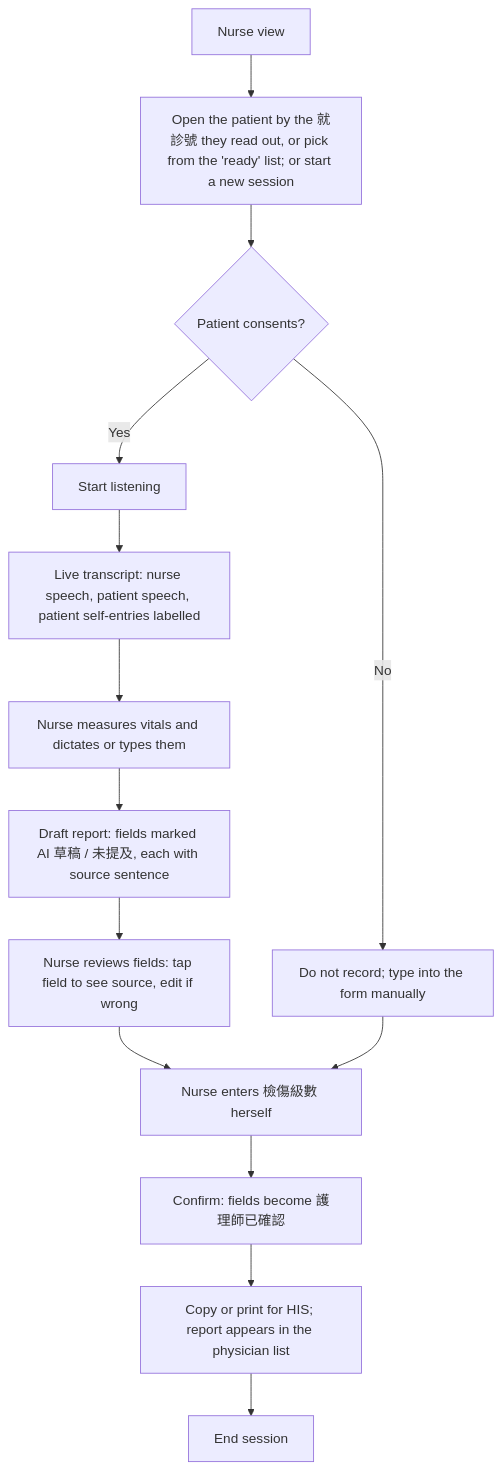
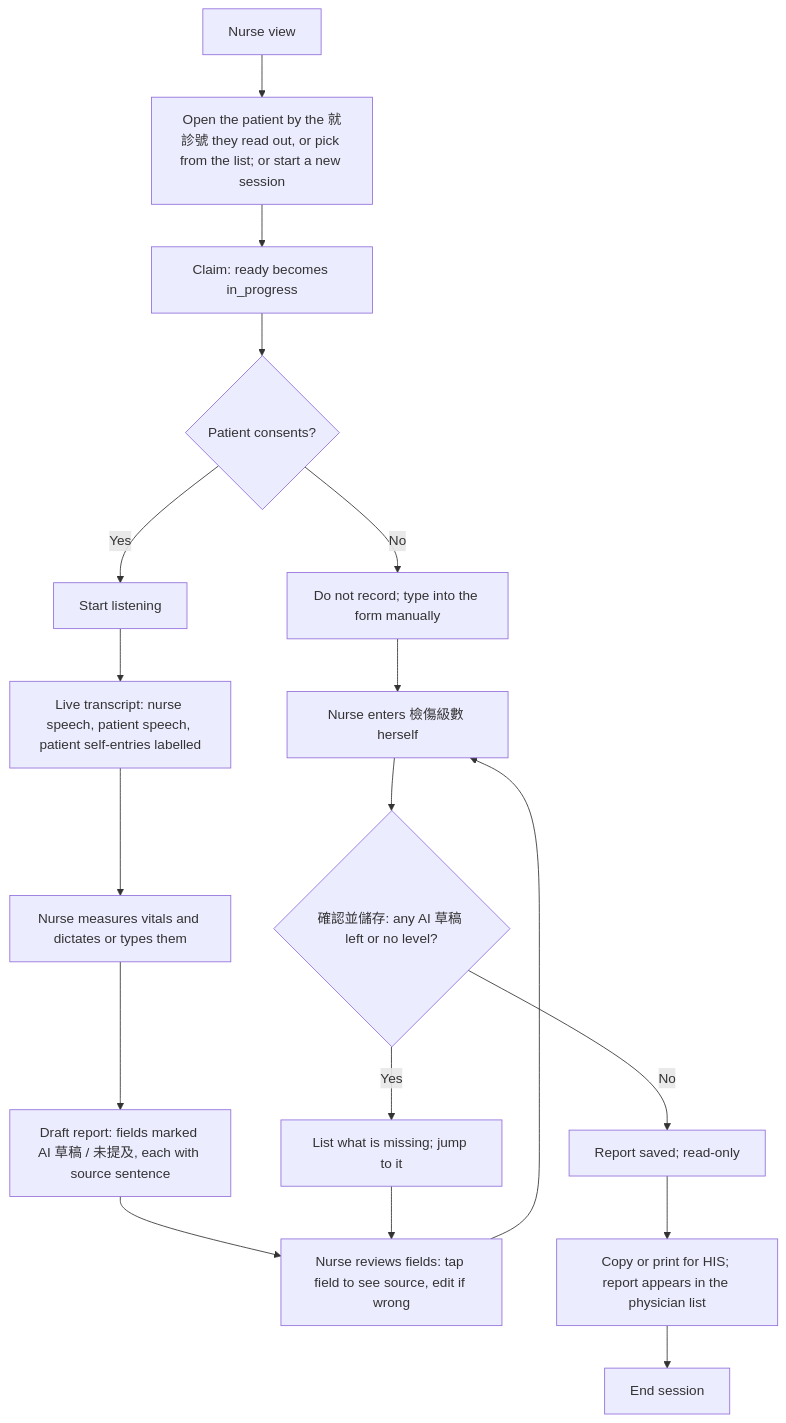
One commit to hwupu/115A-535527-AIDLC-Final changed the third of 6 diagrams in docs/frontend/USER_FLOW.md. Above: the diagram before and after it, drawn with Mermaid. The commit also changed 3 other files, not shown here.

````diff
--- a/docs/frontend/USER_FLOW.md
+++ b/docs/frontend/USER_FLOW.md
@@ -51,16 +51,20 @@
 ```mermaid
 flowchart TD
-    S[Nurse view] --> NS[Open the patient by the 就診號 they read out, or pick from the 'ready' list; or start a new session]
-    NS --> C{Patient consents?}
+    S[Nurse view] --> NS[Open the patient by the 就診號 they read out, or pick from the list; or start a new session]
+    NS --> CL[Claim: ready becomes in_progress]
+    CL --> C{Patient consents?}
     C -->|No| X[Do not record; type into the form manually]
     C -->|Yes| R[Start listening]
     R --> T[Live transcript: nurse speech, patient speech, patient self-entries labelled]
     T --> V[Nurse measures vitals and dictates or types them]
     V --> DR[Draft report: fields marked AI 草稿 / 未提及, each with source sentence]
     DR --> RV[Nurse reviews fields: tap field to see source, edit if wrong]
     RV --> LV[Nurse enters 檢傷級數 herself]
-    LV --> CF[Confirm: fields become 護理師已確認]
-    CF --> OUT[Copy or print for HIS; report appears in the physician list]
+    LV --> CF{確認並儲存: any AI 草稿 left or no level?}
+    CF -->|Yes| BL[List what is missing; jump to it]
+    BL --> RV
+    CF -->|No| SV[Report saved; read-only]
+    SV --> OUT[Copy or print for HIS; report appears in the physician list]
     X --> LV
     OUT --> END[End session]
 ```
````
